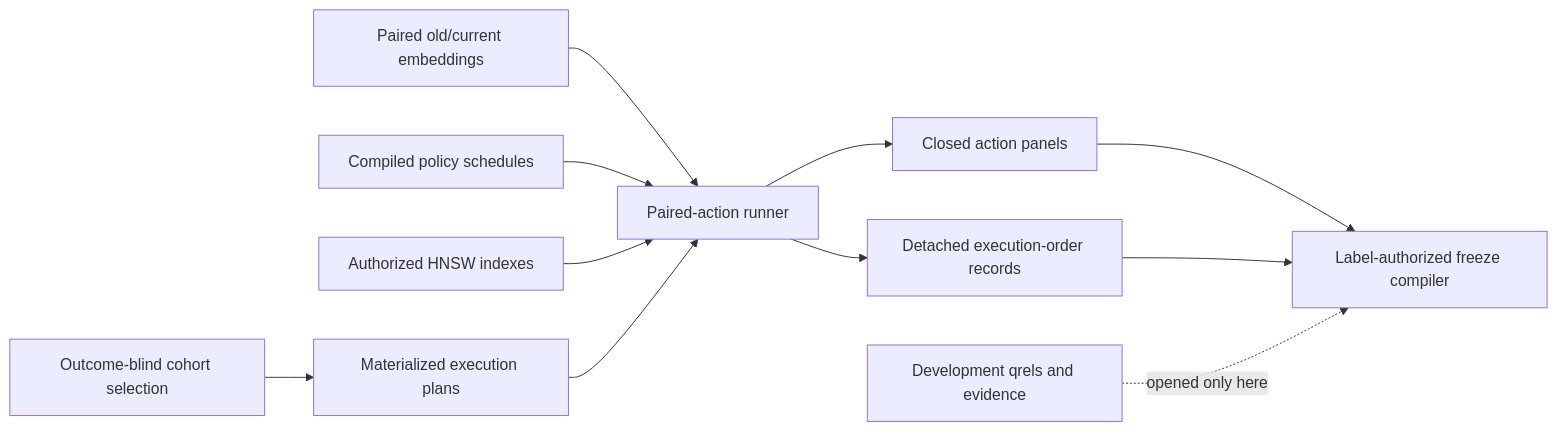
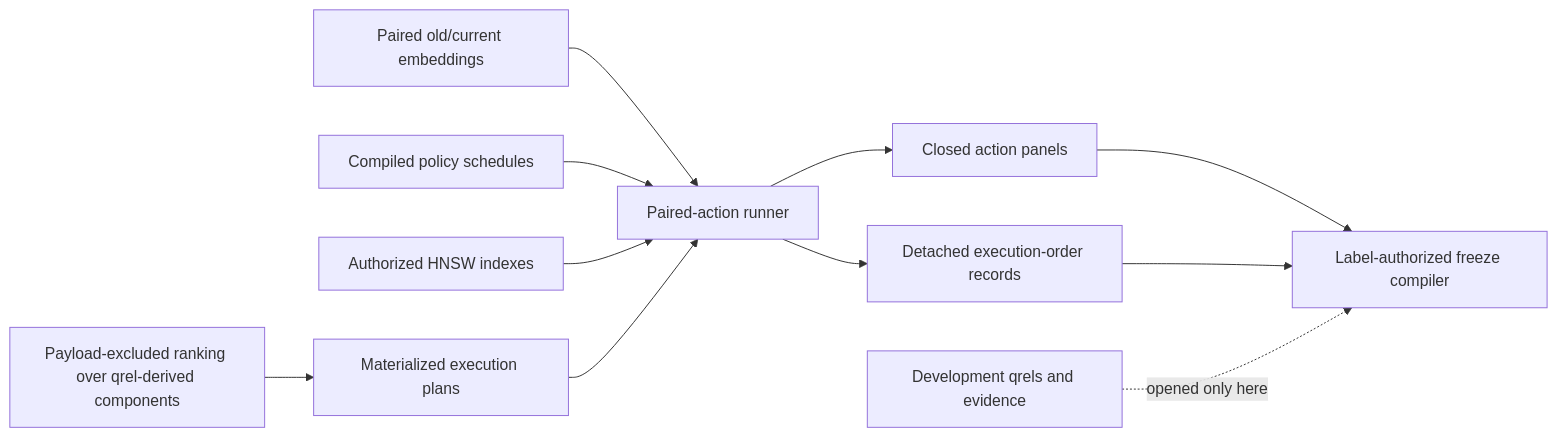
One commit to mhdk1602/fractal-ann-diagnostics changed the diagram in research/development-execution.md. Above: the diagram before and after it, drawn with Mermaid. The commit also changed other lines of this file and 24 other files, not shown here.

````diff
--- a/research/development-execution.md
+++ b/research/development-execution.md
@@ -22,13 +24,13 @@
 ```mermaid
 flowchart LR
-    A["Outcome-blind cohort selection"] --> B["Materialized execution plans"]
+    A["Payload-excluded ranking over qrel-derived components"] --> B["Materialized execution plans"]
     C["Paired old/current embeddings"] --> D["Paired-action runner"]
     E["Compiled policy schedules"] --> D
     F["Authorized HNSW indexes"] --> D
     B --> D
     D --> G["Closed action panels"]
     D --> H["Detached execution-order records"]
     G --> I["Label-authorized freeze compiler"]
     H --> I
     J["Development qrels and evidence"] -. "opened only here" .-> I
 ```
````
